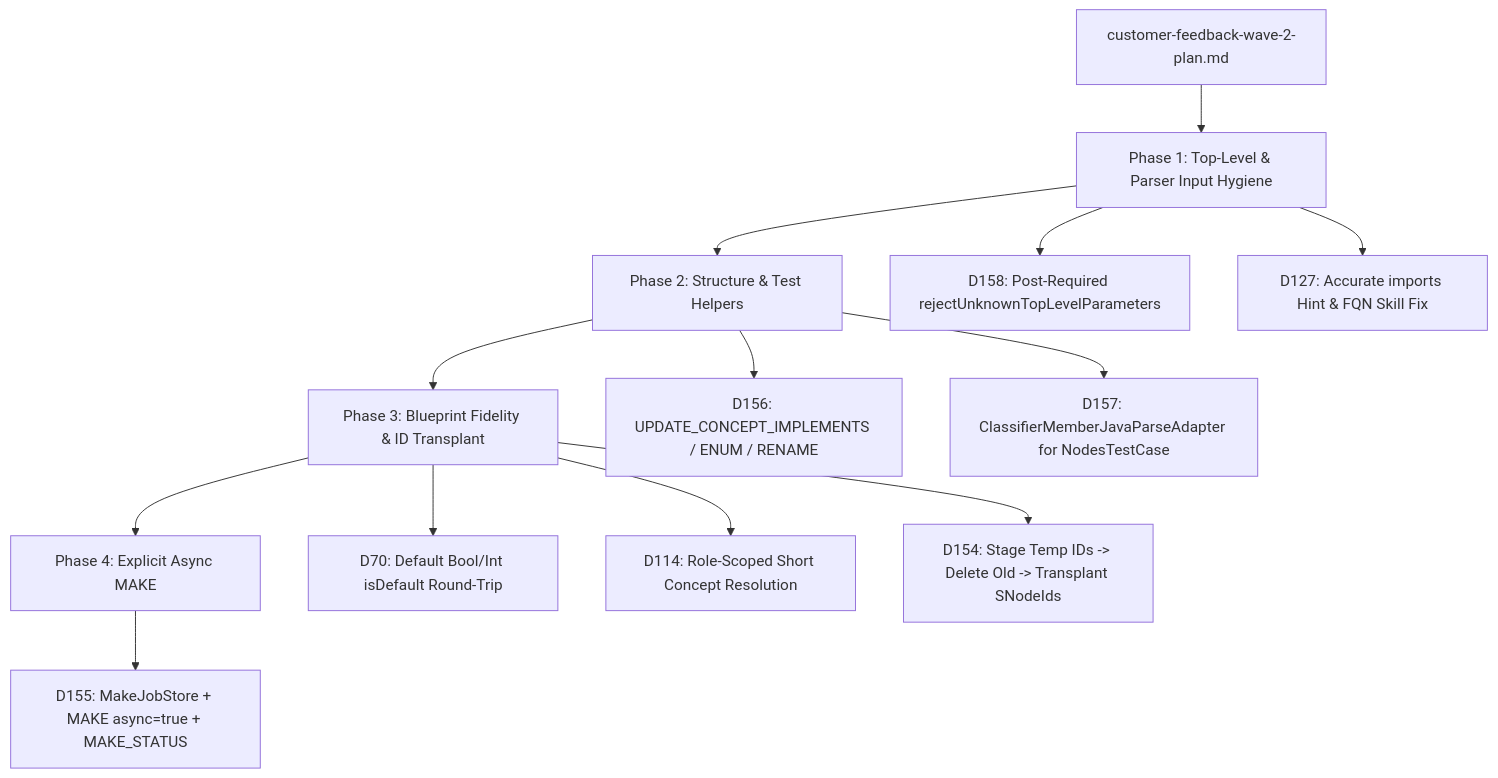
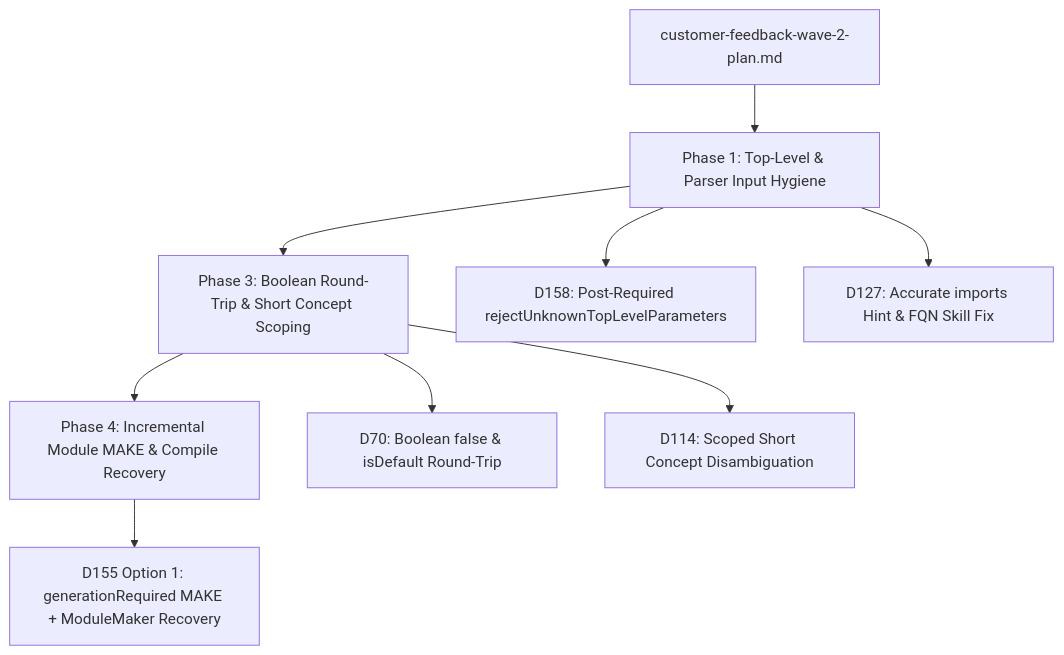
One commit to JetBrains/MPS changed the diagram in plugins/mcp-tools/docs/customer-feedback-wave-2-plan.md. Above: the diagram before and after it, drawn with Mermaid. The commit also changed other lines of this file, not shown here.

Commit message:
mcp-tools - customer feedback wave 2 - revisit plan for phase 2, 3, and 4

````diff
--- a/plugins/mcp-tools/docs/customer-feedback-wave-2-plan.md
+++ b/plugins/mcp-tools/docs/customer-feedback-wave-2-plan.md
@@ -52,19 +52,14 @@
 ```mermaid
 flowchart TD
     Roadmap[customer-feedback-wave-2-plan.md] --> P1[Phase 1: Top-Level & Parser Input Hygiene]
-    P1 --> P2[Phase 2: Structure & Test Helpers]
-    P2 --> P3[Phase 3: Blueprint Fidelity & ID Transplant]
-    P3 --> P4[Phase 4: Explicit Async MAKE]
+    P1 --> P3[Phase 3: Boolean Round-Trip & Short Concept Scoping]
+    P3 --> P4[Phase 4: Incremental Module MAKE & Compile Recovery]
 
     P1 --> D158[D158: Post-Required rejectUnknownTopLevelParameters]
     P1 --> D127[D127: Accurate imports Hint & FQN Skill Fix]
 
-    P2 --> D156[D156: UPDATE_CONCEPT_IMPLEMENTS / ENUM / RENAME]
-    P2 --> D157[D157: ClassifierMemberJavaParseAdapter for NodesTestCase]
+    P3 --> D70[D70: Boolean false & isDefault Round-Trip]
+    P3 --> D114[D114: Scoped Short Concept Disambiguation]
 
-    P3 --> D70[D70: Default Bool/Int isDefault Round-Trip]
-    P3 --> D114[D114: Role-Scoped Short Concept Resolution]
-    P3 --> D154[D154: Stage Temp IDs -> Delete Old -> Transplant SNodeIds]
-
-    P4 --> D155[D155: MakeJobStore + MAKE async=true + MAKE_STATUS]
+    P4 --> D155[D155 Option 1: generationRequired MAKE + ModuleMaker Recovery]
 ```
````
